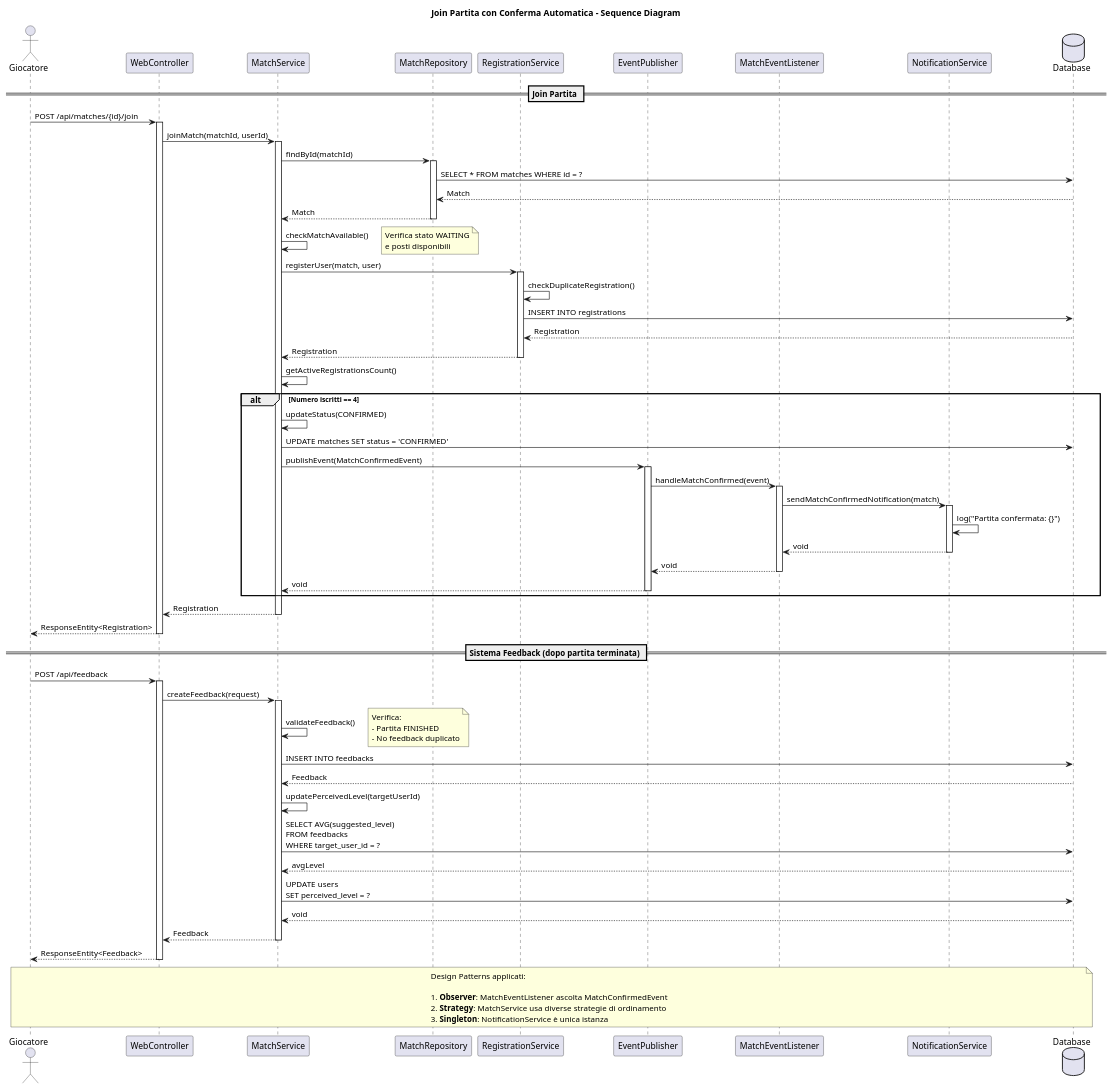
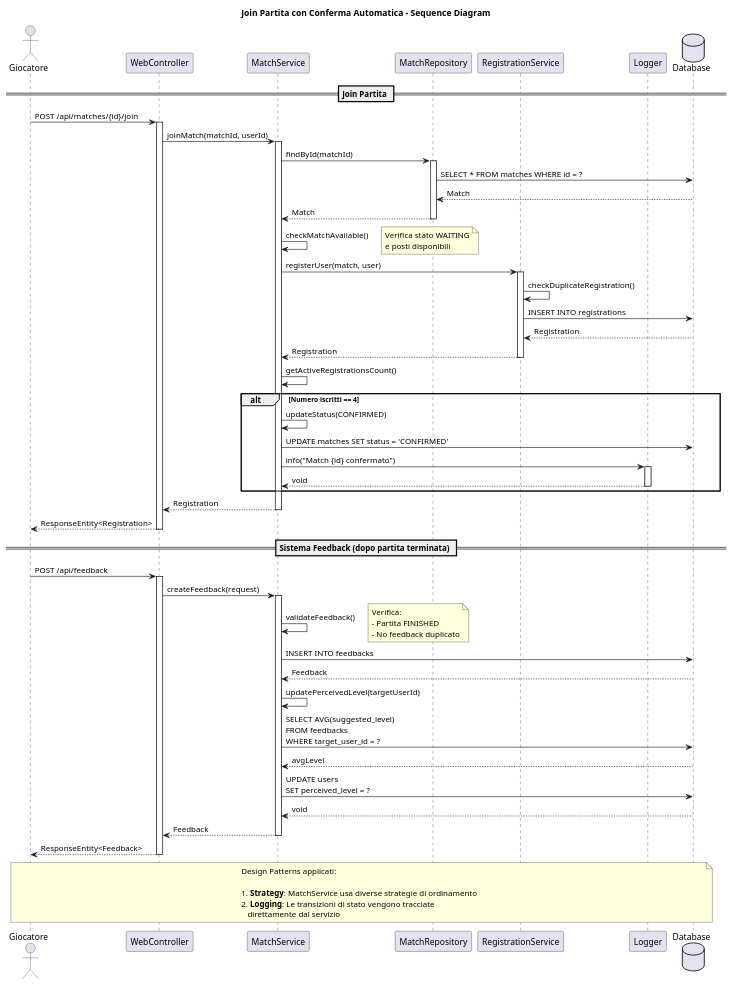
Before and after one commit to deessee0/JavaApp: the diagram in docs/sequence-diagram.puml, drawn with PlantUML. The commit also changed 10 other files, not shown here.

Commit message:
Remove match observer infrastructure

```diff
--- a/docs/sequence-diagram.puml
+++ b/docs/sequence-diagram.puml
@@ -1,111 +1,96 @@
 @startuml Sequence Diagram - App Padel
 
 title Join Partita con Conferma Automatica - Sequence Diagram
 
 actor "Giocatore" as player
 participant "WebController" as web
 participant "MatchService" as service
 participant "MatchRepository" as repo
 participant "RegistrationService" as regService
-participant "EventPublisher" as publisher
-participant "MatchEventListener" as listener
-participant "NotificationService" as notif
+participant "Logger" as logger
 database "Database" as db
 
 == Join Partita ==
 
 player -> web: POST /api/matches/{id}/join
 activate web
 
 web -> service: joinMatch(matchId, userId)
 activate service
 
 service -> repo: findById(matchId)
 activate repo
 repo -> db: SELECT * FROM matches WHERE id = ?
 db --> repo: Match
 repo --> service: Match
 deactivate repo
 
 service -> service: checkMatchAvailable()
 note right: Verifica stato WAITING\ne posti disponibili
 
 service -> regService: registerUser(match, user)
 activate regService
 
 regService -> regService: checkDuplicateRegistration()
 
 regService -> db: INSERT INTO registrations
 db --> regService: Registration
 regService --> service: Registration
 deactivate regService
 
 service -> service: getActiveRegistrationsCount()
 alt Numero iscritti == 4
     
     service -> service: updateStatus(CONFIRMED)
     service -> db: UPDATE matches SET status = 'CONFIRMED'
     
-    service -> publisher: publishEvent(MatchConfirmedEvent)
-    activate publisher
-    
-    publisher -> listener: handleMatchConfirmed(event)
-    activate listener
-    
-    listener -> notif: sendMatchConfirmedNotification(match)
-    activate notif
-    notif -> notif: log("Partita confermata: {}")
-    notif --> listener: void
-    deactivate notif
-    
-    listener --> publisher: void
-    deactivate listener
-    
-    publisher --> service: void
-    deactivate publisher
+    service -> logger: info("Match {id} confermato")
+    activate logger
+    logger --> service: void
+    deactivate logger
     
 end
 
 service --> web: Registration
 deactivate service
 
 web --> player: ResponseEntity<Registration>
 deactivate web
 
 == Sistema Feedback (dopo partita terminata) ==
 
 player -> web: POST /api/feedback
 activate web
 
 web -> service: createFeedback(request)
 activate service
 
 service -> service: validateFeedback()
 note right: Verifica:\n- Partita FINISHED\n- No feedback duplicato
 
 service -> db: INSERT INTO feedbacks
 db --> service: Feedback
 
 service -> service: updatePerceivedLevel(targetUserId)
 
 service -> db: SELECT AVG(suggested_level)\nFROM feedbacks\nWHERE target_user_id = ?
 db --> service: avgLevel
 
 service -> db: UPDATE users\nSET perceived_level = ?
 db --> service: void
 
 service --> web: Feedback
 deactivate service
 
 web --> player: ResponseEntity<Feedback>
 deactivate web
 
 note over player, db
   Design Patterns applicati:
-  
-  1. **Observer**: MatchEventListener ascolta MatchConfirmedEvent
-  2. **Strategy**: MatchService usa diverse strategie di ordinamento
-  3. **Singleton**: NotificationService è unica istanza
+
+  1. **Strategy**: MatchService usa diverse strategie di ordinamento
+  2. **Logging**: Le transizioni di stato vengono tracciate
+     direttamente dal servizio
 end note
 
 @enduml
```
